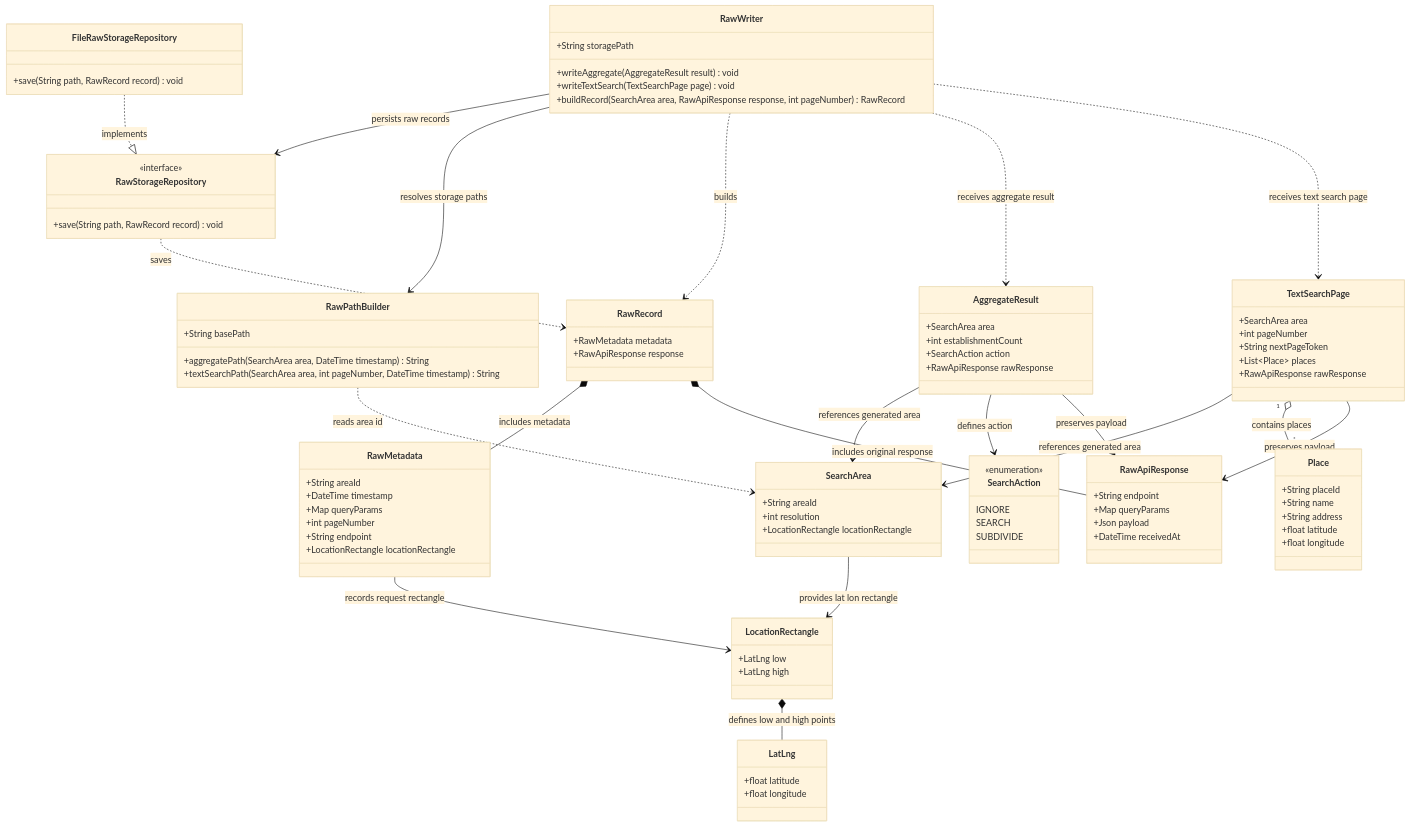
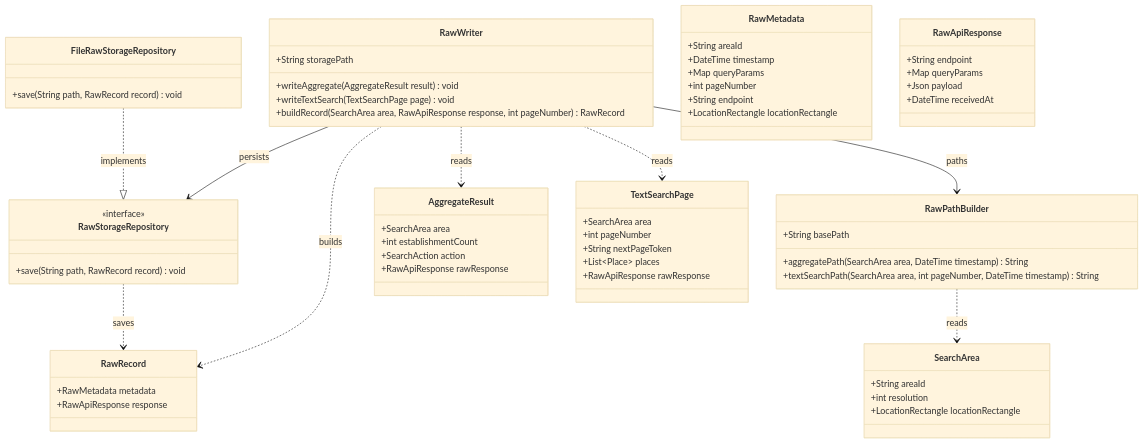
The diagram in docs/c4/level_4_code/data_ingestion/raw_data_generator.md (mentoria-edu/data_vet), drawn with Mermaid (base theme) before and after one commit. The commit also changed 4 other files, not shown here.

Commit message:
docs: simplify data ingestion level 4 diagrams

````diff
--- a/docs/c4/level_4_code/data_ingestion/raw_data_generator.md
+++ b/docs/c4/level_4_code/data_ingestion/raw_data_generator.md
@@ -3,5 +3,6 @@
 ```mermaid
 classDiagram
+direction TB
 
 class RawWriter {
   +String storagePath
@@ -60,16 +61,6 @@
   +LocationRectangle locationRectangle
 }
 
-class LocationRectangle {
-  +LatLng low
-  +LatLng high
-}
-
-class LatLng {
-  +float latitude
-  +float longitude
-}
-
 class RawApiResponse {
   +String endpoint
   +Map queryParams
@@ -77,40 +68,13 @@
   +DateTime receivedAt
 }
 
-class SearchAction {
-  <<enumeration>>
-  IGNORE
-  SEARCH
-  SUBDIVIDE
-}
-
-class Place {
-  +String placeId
-  +String name
-  +String address
-  +float latitude
-  +float longitude
-}
-
-RawWriter --> RawStorageRepository : persists raw records
-RawWriter --> RawPathBuilder : resolves storage paths
+RawWriter --> RawStorageRepository : persists
+RawWriter --> RawPathBuilder : paths
 RawWriter ..> RawRecord : builds
-RawWriter ..> AggregateResult : receives aggregate result
-RawWriter ..> TextSearchPage : receives text search page
+RawWriter ..> AggregateResult : reads
+RawWriter ..> TextSearchPage : reads
 
 FileRawStorageRepository ..|> RawStorageRepository : implements
 RawStorageRepository ..> RawRecord : saves
-
-RawRecord *-- RawMetadata : includes metadata
-RawRecord *-- RawApiResponse : includes original response
-AggregateResult --> SearchArea : references generated area
-AggregateResult --> SearchAction : defines action
-AggregateResult --> RawApiResponse : preserves payload
-TextSearchPage --> SearchArea : references generated area
-TextSearchPage "1" o-- "*" Place : contains places
-TextSearchPage --> RawApiResponse : preserves payload
-RawMetadata --> LocationRectangle : records request rectangle
-RawPathBuilder ..> SearchArea : reads area id
-SearchArea --> LocationRectangle : provides lat lon rectangle
-LocationRectangle *-- LatLng : defines low and high points
+RawPathBuilder ..> SearchArea : reads
 ```
````
